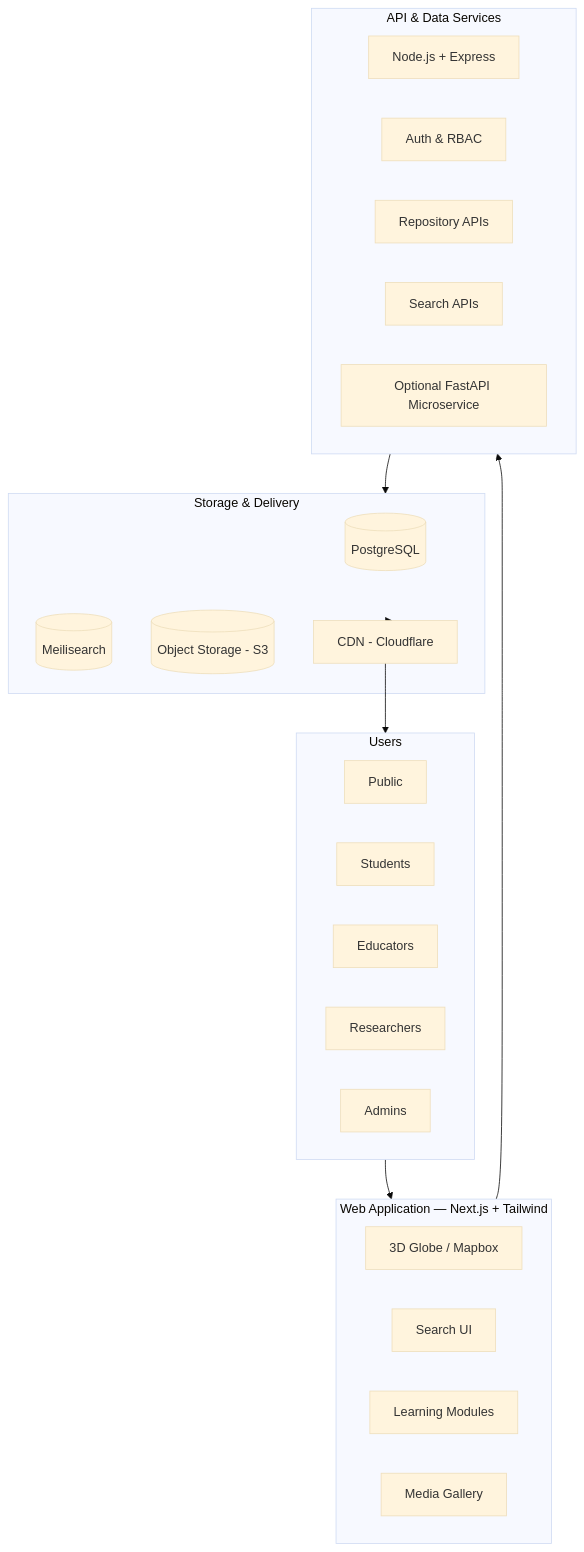
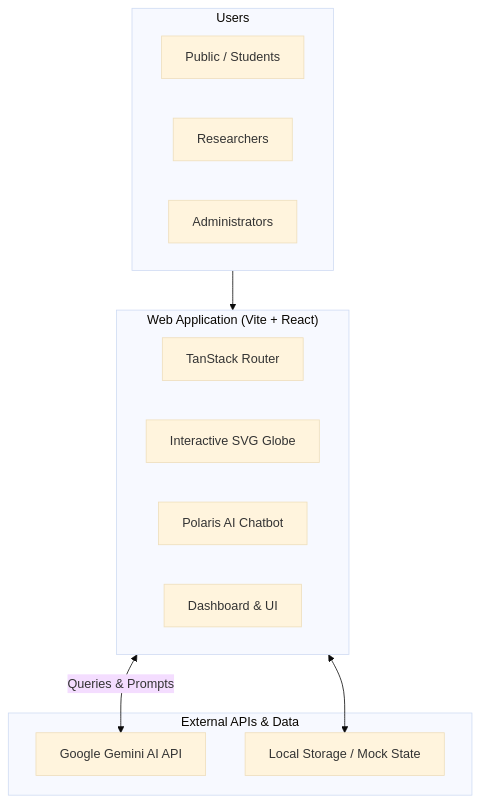
One commit to Mister-Halder/POLAR-SCIENCE-PORTAL changed the diagram in README.md. Above: the diagram before and after it, drawn with Mermaid (base theme). The commit also changed other lines of this file, not shown here.

````diff
--- a/README.md
+++ b/README.md
@@ -55,35 +49,24 @@
 ```mermaid
 flowchart TD
     subgraph Users
-        A[Public] 
-        B[Students]
-        C[Educators]
-        D[Researchers]
-        E[Admins]
+        A[Public / Students] 
+        B[Researchers]
+        C[Administrators]
     end
 
-    subgraph WebApp["Web Application — Next.js + Tailwind"]
-        F[3D Globe / Mapbox]
-        G[Search UI]
-        H[Learning Modules]
-        I[Media Gallery]
+    subgraph ClientApp["Web Application (Vite + React)"]
+        D[TanStack Router]
+        E[Interactive SVG Globe]
+        F[Polaris AI Chatbot]
+        G[Dashboard & UI]
     end
 
-    subgraph API["API & Data Services"]
-        J[Node.js + Express]
-        K[Auth & RBAC]
-        L[Repository APIs]
-        M[Search APIs]
-        N[Optional FastAPI Microservice]
+    subgraph Services["External APIs & Data"]
+        H[Google Gemini AI API]
+        I[Local Storage / Mock State]
     end
 
-    subgraph Storage["Storage & Delivery"]
-        O[(PostgreSQL)]
-        P[(Meilisearch)]
-        Q[(Object Storage - S3)]
-        R[CDN - Cloudflare]
-    end
-
-    Users --> WebApp --> API --> Storage
-    Storage --> R --> Users
+    Users --> ClientApp
+    ClientApp <-->|Queries & Prompts| H
+    ClientApp <--> I
 ```
````
